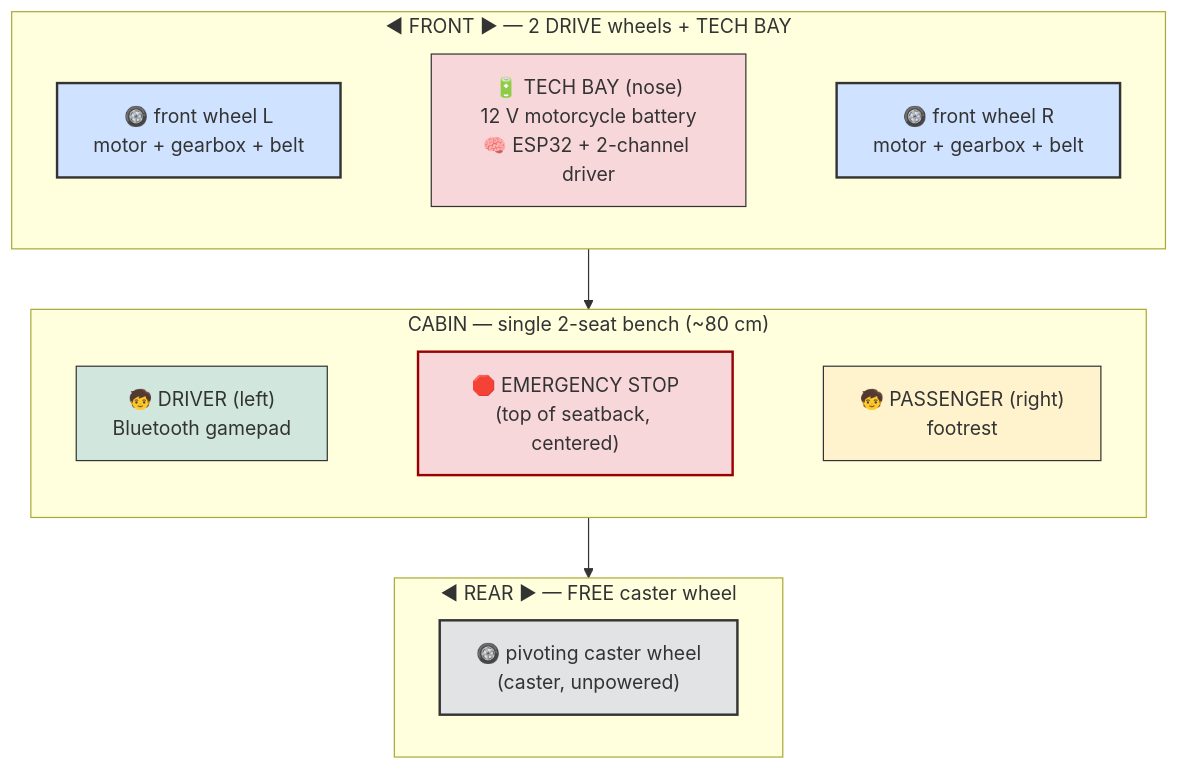
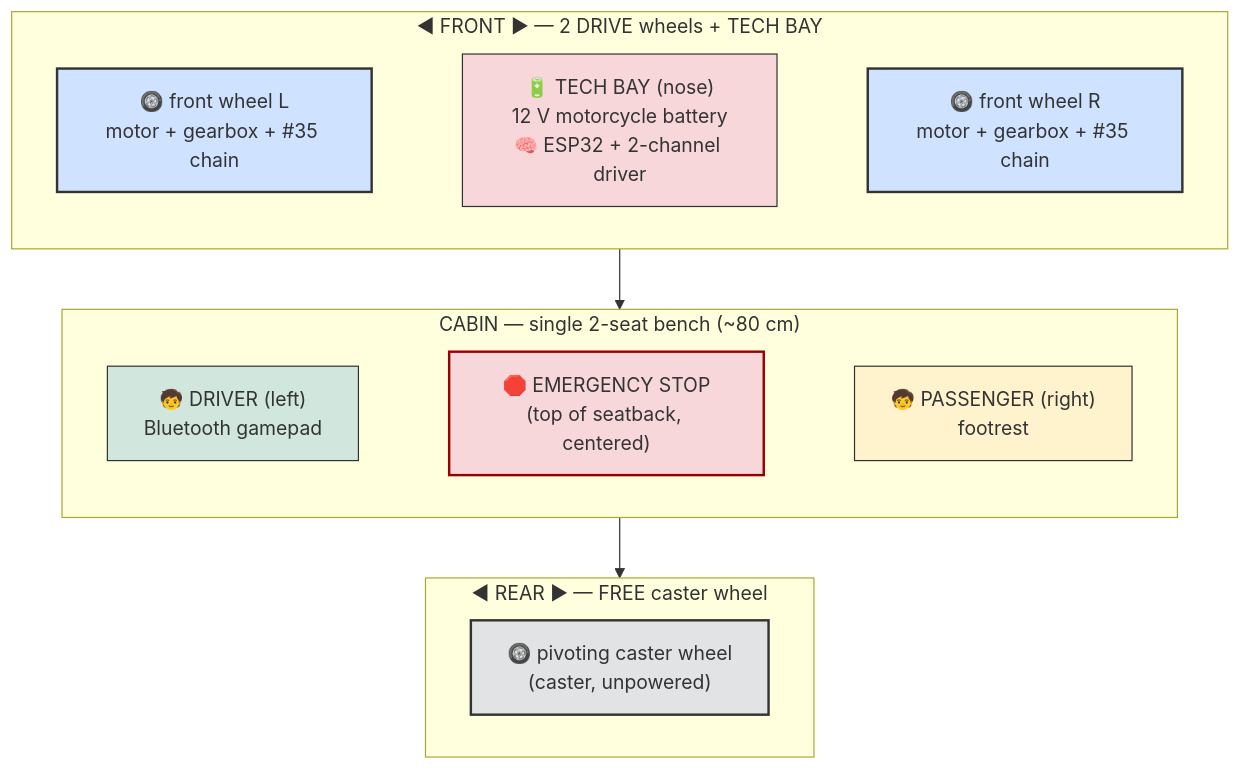
One commit to pinkymaxou/powered-soapbox-car changed the first of 10 diagrams in README.md. Above: the diagram before and after it, drawn with Mermaid. The commit also changed other lines of this file and 12 other files, not shown here.

````diff
--- a/README.md
+++ b/README.md
@@ -31,35 +31,35 @@
 ```mermaid
 flowchart TB
     subgraph AV["◄ FRONT ► — 2 DRIVE wheels + TECH BAY"]
         direction LR
-        AVG["🛞 front wheel L<br/>motor + gearbox + belt"]
+        AVG["🛞 front wheel L<br/>motor + gearbox + #35 chain"]
         BAY["🔋 TECH BAY (nose)<br/>12 V motorcycle battery<br/>🧠 ESP32 + 2-channel driver"]
-        AVD["🛞 front wheel R<br/>motor + gearbox + belt"]
+        AVD["🛞 front wheel R<br/>motor + gearbox + #35 chain"]
         AVG ~~~ BAY ~~~ AVD
     end
     subgraph CAB["CABIN — single 2-seat bench (~80 cm)"]
         direction LR
         COND["🧒 DRIVER (left)<br/>Bluetooth gamepad"]
         SEP["🛑 EMERGENCY STOP<br/>(top of seatback, centered)"]
         PASS["🧒 PASSENGER (right)<br/>footrest"]
         COND ~~~ SEP ~~~ PASS
     end
     subgraph AR["◄ REAR ► — FREE caster wheel"]
         direction LR
         ARC["🛞 pivoting caster wheel<br/>(caster, unpowered)"]
     end
     AV --> CAB --> AR
 
     classDef wheel fill:#cfe2ff,stroke:#333,stroke-width:2px;
     classDef caster fill:#e2e3e5,stroke:#333,stroke-width:2px;
     classDef drv fill:#d1e7dd,stroke:#333;
     classDef pas fill:#fff3cd,stroke:#333;
     classDef elec fill:#f8d7da,stroke:#333;
     classDef estop fill:#f8d7da,stroke:#900,stroke-width:2px;
     class AVG,AVD wheel;
     class ARC caster;
     class COND drv;
     class PASS pas;
     class BAY elec;
     class SEP estop;
 ```
````
